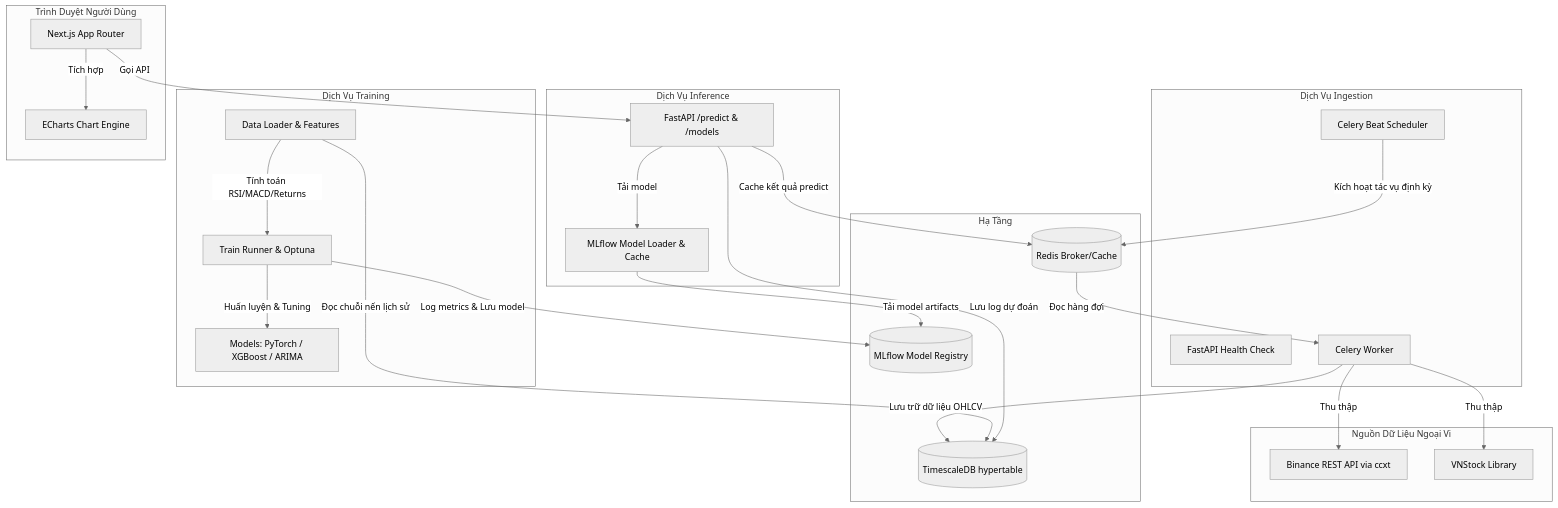
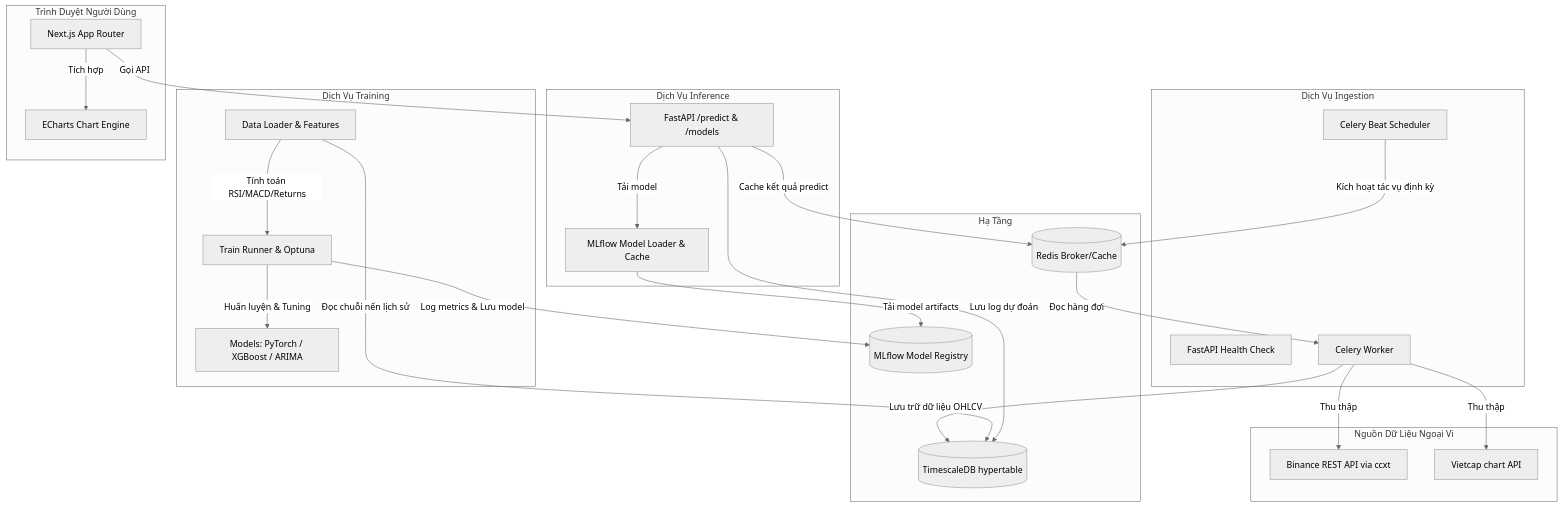
Before and after one commit to Ennela/NCKH-CryptographicAnalysis: the diagram in docs/architecture.md, drawn with Mermaid (neutral theme). The commit also changed other lines of this file and 7 other files, not shown here.

First line of the commit message:
feat(ingestion): collect Vietnamese stocks from Vietcap instead of vnstock

````diff
--- a/docs/architecture.md
+++ b/docs/architecture.md
@@ -11,61 +11,61 @@
 ```mermaid
 graph TD
     %% External Data Sources
     subgraph Nguon_Du_Lieu [Nguồn Dữ Liệu Ngoại Vi]
         Binance[Binance REST API via ccxt]
-        VNStock[VNStock Library]
+        VNStock[Vietcap chart API]
     end
 
     %% Ingestion Service
     subgraph Ingestion_Layer [Dịch Vụ Ingestion]
         IngestionAPI[FastAPI Health Check]
         CeleryWorker[Celery Worker]
         CeleryBeat[Celery Beat Scheduler]
     end
 
     %% Database & Queue
     subgraph Infra [Hạ Tầng]
         Redis[(Redis Broker/Cache)]
         TimescaleDB[(TimescaleDB hypertable)]
         MLflow[(MLflow Model Registry)]
     end
 
     %% Training Service
     subgraph Training_Layer [Dịch Vụ Training]
         DataLoader[Data Loader & Features]
         TrainRunner[Train Runner & Optuna]
         Models[Models: PyTorch / XGBoost / ARIMA]
     end
 
     %% Inference Service
     subgraph Inference_Layer [Dịch Vụ Inference]
         InferenceAPI[FastAPI /predict & /models]
         ModelLoader[MLflow Model Loader & Cache]
     end
 
     %% Frontend UI
     subgraph Client_Layer [Trình Duyệt Người Dùng]
         NextJS[Next.js App Router]
         ECharts[ECharts Chart Engine]
     end
 
     %% Connections
     CeleryBeat -->|Kích hoạt tác vụ định kỳ| Redis
     Redis -->|Đọc hàng đợi| CeleryWorker
     CeleryWorker -->|Thu thập| Binance
     CeleryWorker -->|Thu thập| VNStock
     CeleryWorker -->|Lưu trữ dữ liệu OHLCV| TimescaleDB
 
     DataLoader -->|Đọc chuỗi nến lịch sử| TimescaleDB
     DataLoader -->|Tính toán RSI/MACD/Returns| TrainRunner
     TrainRunner -->|Huấn luyện & Tuning| Models
     TrainRunner -->|Log metrics & Lưu model| MLflow
 
     InferenceAPI -->|Tải model| ModelLoader
     ModelLoader -->|Tải model artifacts| MLflow
     InferenceAPI -->|Cache kết quả predict| Redis
     InferenceAPI -->|Lưu log dự đoán| TimescaleDB
 
     NextJS -->|Gọi API| InferenceAPI
     NextJS -->|Tích hợp| ECharts
 ```
````
